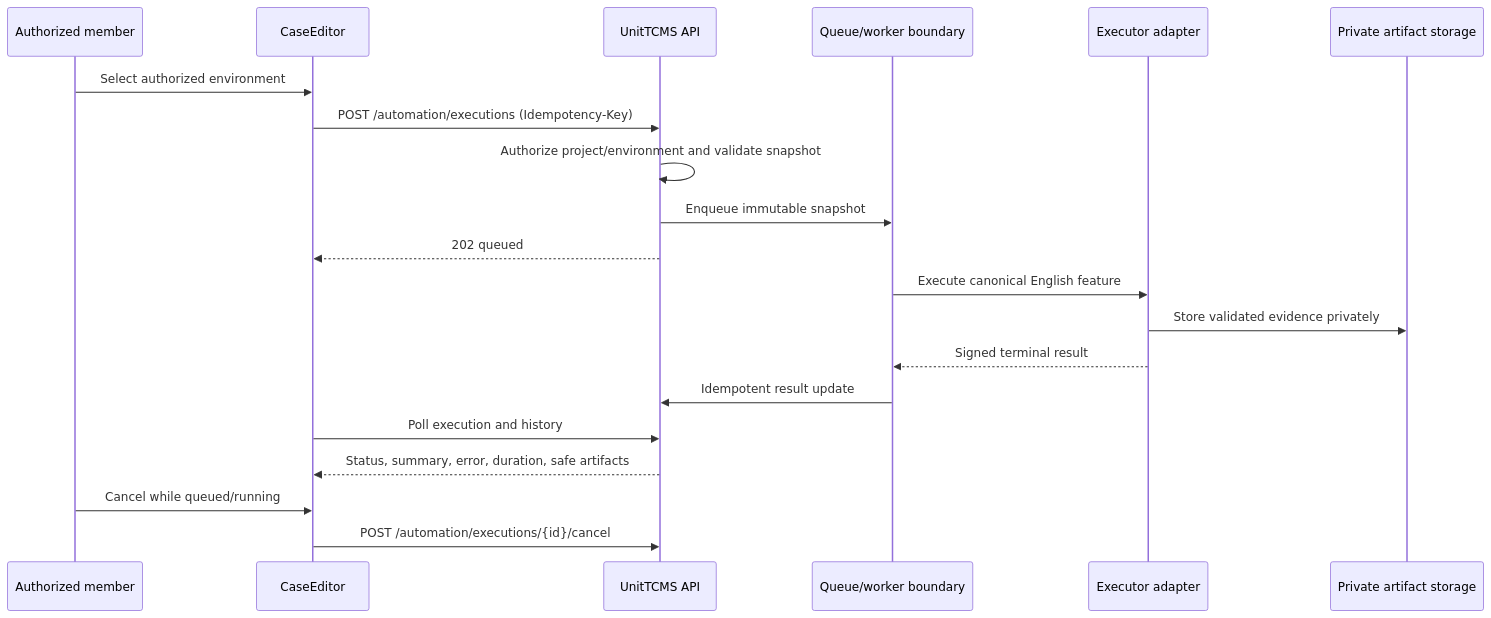
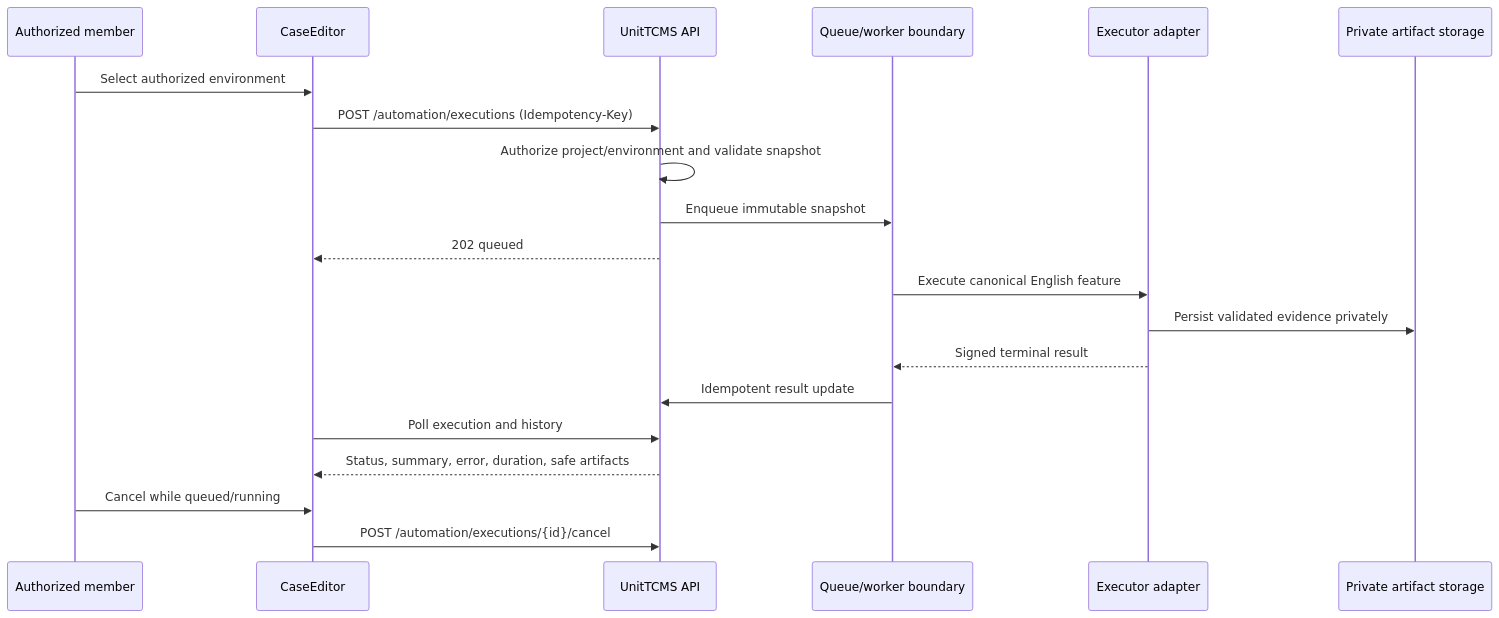
Before and after one commit to DanielRondonGarcia/unittcms: the first of 2 diagrams in docs/docs/dev/gherkin-hercules-automation.md, drawn with Mermaid. The commit also changed other lines of this file and 28 other files, not shown here.

````diff
--- a/docs/docs/dev/gherkin-hercules-automation.md
+++ b/docs/docs/dev/gherkin-hercules-automation.md
@@ -74,23 +74,23 @@
 ```mermaid
 sequenceDiagram
     participant U as Authorized member
     participant UI as CaseEditor
     participant API as UnitTCMS API
     participant Q as Queue/worker boundary
     participant E as Executor adapter
     participant S as Private artifact storage
 
     U->>UI: Select authorized environment
     UI->>API: POST /automation/executions (Idempotency-Key)
     API->>API: Authorize project/environment and validate snapshot
     API->>Q: Enqueue immutable snapshot
     API-->>UI: 202 queued
     Q->>E: Execute canonical English feature
-    E->>S: Store validated evidence privately
+    E->>S: Persist validated evidence privately
     E-->>Q: Signed terminal result
     Q->>API: Idempotent result update
     UI->>API: Poll execution and history
     API-->>UI: Status, summary, error, duration, safe artifacts
     U->>UI: Cancel while queued/running
     UI->>API: POST /automation/executions/{id}/cancel
 ```
````
